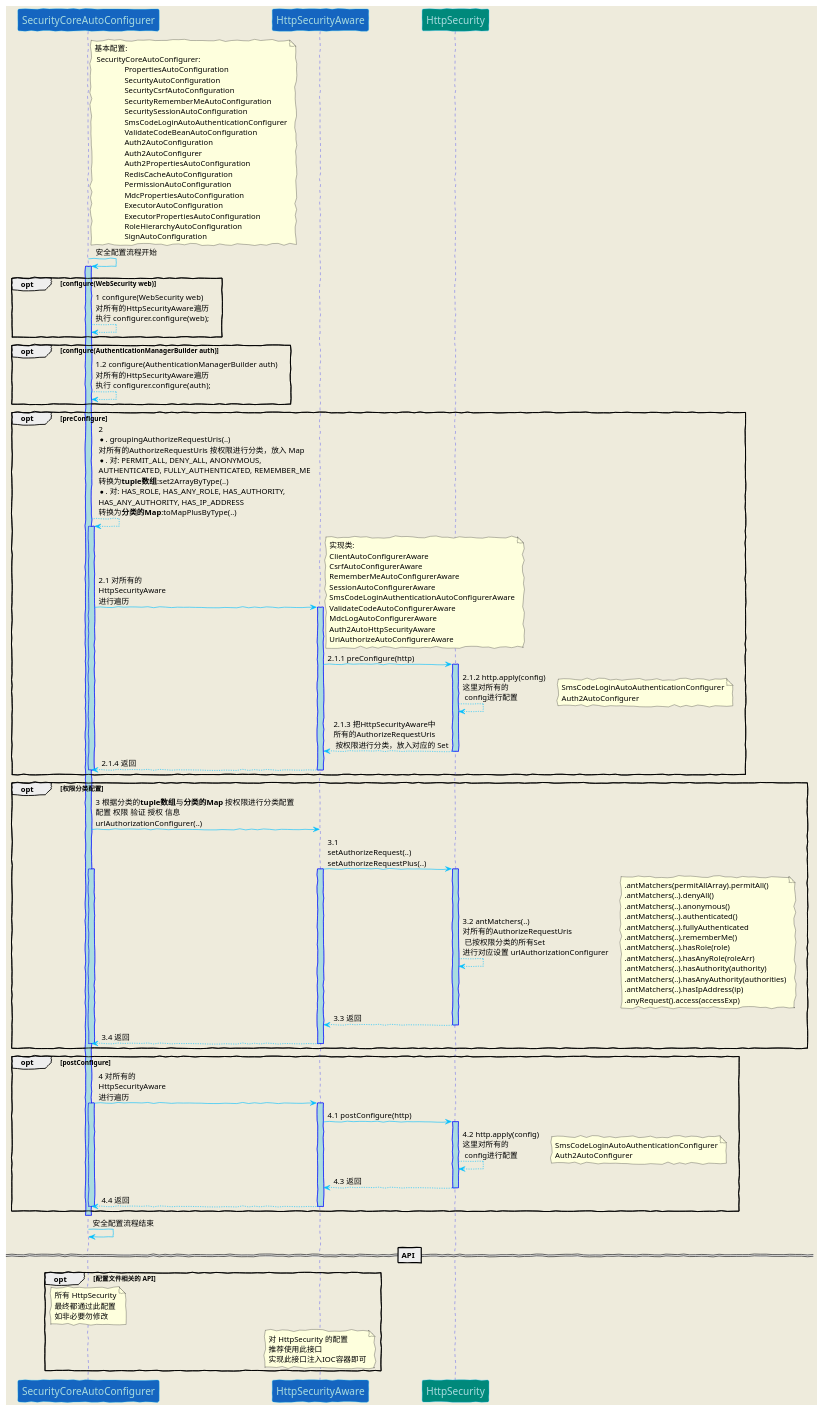
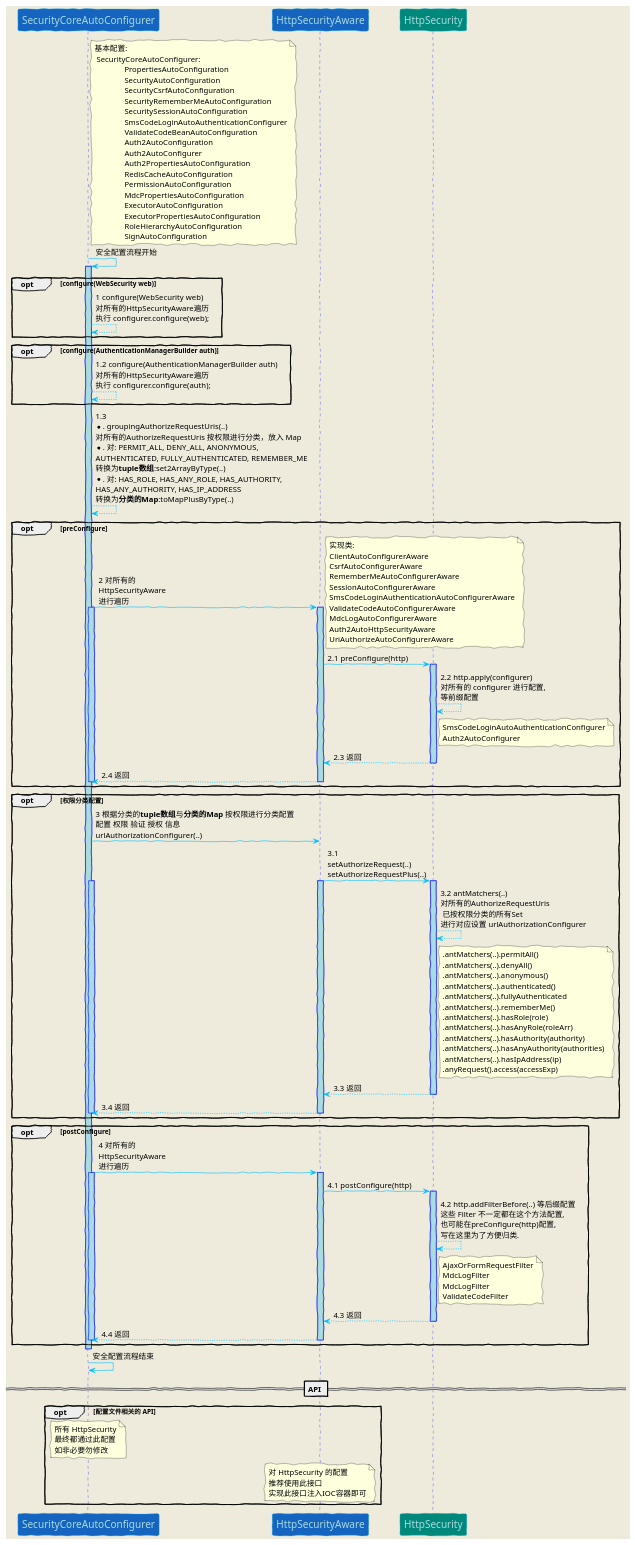
One commit to ZeroOrInfinity/UMS changed the diagram in doc/puml/securityConfigurer.puml. Above: the diagram before and after it, drawn with PlantUML. The commit also changed 4 other files, not shown here.

```diff
--- a/doc/puml/securityConfigurer.puml
+++ b/doc/puml/securityConfigurer.puml
@@ -1,142 +1,146 @@
 @startuml
 
 skinparam backgroundColor #EEEBDC
 skinparam handwritten true
 skinparam sequence {
 ArrowColor DeepSkyBlue
 ActorBorderColor DeepSkyBlue
 LifeLineBorderColor blue
 LifeLineBackgroundColor #A9DCDF
 ParticipantBorderColor DeepSkyBlue
 ParticipantBackgroundColor #00897b
 ParticipantFontName Impact
 ParticipantFontSize 17
 ParticipantFontColor #A9DCDF
 ActorBackgroundColor aqua
 ActorFontColor DeepSkyBlue
 ActorFontSize 17
 ActorFontName Aapex
 }
 
 participant "SecurityCoreAutoConfigurer" #1565c0
 note right SecurityCoreAutoConfigurer: 基本配置:\n SecurityCoreAutoConfigurer: \n\
                PropertiesAutoConfiguration\n               SecurityAutoConfiguration\n\
                SecurityCsrfAutoConfiguration\n               SecurityRememberMeAutoConfiguration\n\
                SecuritySessionAutoConfiguration\n\                SmsCodeLoginAutoAuthenticationConfigurer\n\
                ValidateCodeBeanAutoConfiguration\n\                Auth2AutoConfiguration\n\
                Auth2AutoConfigurer\n\                Auth2PropertiesAutoConfiguration\n\
                RedisCacheAutoConfiguration\n\                PermissionAutoConfiguration\n\
                MdcPropertiesAutoConfiguration\n\                ExecutorAutoConfiguration\n\
                ExecutorPropertiesAutoConfiguration\n\                RoleHierarchyAutoConfiguration\n\
                SignAutoConfiguration
 
 SecurityCoreAutoConfigurer -> SecurityCoreAutoConfigurer: 安全配置流程开始
 
 activate SecurityCoreAutoConfigurer
 
 opt configure(WebSecurity web)
 SecurityCoreAutoConfigurer --> SecurityCoreAutoConfigurer: 1 configure(WebSecurity web)\n\
 对所有的HttpSecurityAware遍历\n\
 执行 configurer.configure(web);
 end
 
 opt configure(AuthenticationManagerBuilder auth)
 SecurityCoreAutoConfigurer --> SecurityCoreAutoConfigurer: 1.2 configure(AuthenticationManagerBuilder auth)\n\
 对所有的HttpSecurityAware遍历\n\
 执行 configurer.configure(auth);
 end
 
-opt preConfigure
-SecurityCoreAutoConfigurer --> SecurityCoreAutoConfigurer: 2 \n\
+SecurityCoreAutoConfigurer --> SecurityCoreAutoConfigurer: 1.3 \n\
 *. groupingAuthorizeRequestUris(..)\n\
 对所有的AuthorizeRequestUris 按权限进行分类，放入 Map\n\
 *. 对: PERMIT_ALL, DENY_ALL, ANONYMOUS,\nAUTHENTICATED, FULLY_AUTHENTICATED, REMEMBER_ME\n\
 转换为**tuple数组**:set2ArrayByType(..)\n\
 *. 对: HAS_ROLE, HAS_ANY_ROLE, HAS_AUTHORITY, \nHAS_ANY_AUTHORITY, HAS_IP_ADDRESS\n\
 转换为**分类的Map**:toMapPlusByType(..)
+opt preConfigure
+participant "HttpSecurityAware" #1565c0
+SecurityCoreAutoConfigurer -> HttpSecurityAware: 2 对所有的\nHttpSecurityAware\n进行遍历
 activate SecurityCoreAutoConfigurer
-participant "HttpSecurityAware" #1565c0
-SecurityCoreAutoConfigurer -> HttpSecurityAware: 2.1 对所有的\nHttpSecurityAware\n进行遍历
 activate HttpSecurityAware
 note right : 实现类:\n\
 ClientAutoConfigurerAware\n\
 CsrfAutoConfigurerAware\n\
 RememberMeAutoConfigurerAware\n\
 SessionAutoConfigurerAware\n\
 SmsCodeLoginAuthenticationAutoConfigurerAware\n\
 ValidateCodeAutoConfigurerAware\n\
 MdcLogAutoConfigurerAware\n\
 Auth2AutoHttpSecurityAware\n\
 UriAuthorizeAutoConfigurerAware
-HttpSecurityAware -> HttpSecurity: 2.1.1 preConfigure(http)
+HttpSecurityAware -> HttpSecurity: 2.1 preConfigure(http)
 activate HttpSecurity
-HttpSecurity --> HttpSecurity: 2.1.2 http.apply(config)\n这里对所有的\n config进行配置
-note right : SmsCodeLoginAutoAuthenticationConfigurer\n\
+HttpSecurity --> HttpSecurity: 2.2 http.apply(configurer)\n对所有的 configurer 进行配置,\n等前缀配置
+note right HttpSecurity: SmsCodeLoginAutoAuthenticationConfigurer\n\
 Auth2AutoConfigurer
-HttpSecurity --> HttpSecurityAware: 2.1.3 把HttpSecurityAware中\n所有的AuthorizeRequestUris\n 按权限进行分类，放入对应的 Set
+HttpSecurity --> HttpSecurityAware: 2.3 返回
 deactivate HttpSecurity
-HttpSecurityAware --> SecurityCoreAutoConfigurer: 2.1.4 返回
+HttpSecurityAware --> SecurityCoreAutoConfigurer: 2.4 返回
 deactivate SecurityCoreAutoConfigurer
 deactivate HttpSecurityAware
 end
 opt 权限分类配置
 SecurityCoreAutoConfigurer -> HttpSecurityAware: 3 根据分类的**tuple数组**与**分类的Map** 按权限进行分类配置\n\
 配置 权限 验证 授权 信息\n\
 urlAuthorizationConfigurer(..)
 HttpSecurityAware -> HttpSecurity: 3.1 \n\
 setAuthorizeRequest(..)\n\
 setAuthorizeRequestPlus(..)
 activate HttpSecurityAware
 activate SecurityCoreAutoConfigurer
 activate HttpSecurity
 HttpSecurity --> HttpSecurity: 3.2 antMatchers(..)\n对所有的AuthorizeRequestUris\n 已按权限分类的所有Set\n\
 进行对应设置 urlAuthorizationConfigurer
-note right : .antMatchers(permitAllArray).permitAll()\n\
+note right HttpSecurity: .antMatchers(..).permitAll()\n\
 .antMatchers(..).denyAll()\n\
 .antMatchers(..).anonymous()\n\
 .antMatchers(..).authenticated()\n\
 .antMatchers(..).fullyAuthenticated\n\
 .antMatchers(..).rememberMe()\n\
 .antMatchers(..).hasRole(role)\n\
 .antMatchers(..).hasAnyRole(roleArr)\n\
 .antMatchers(..).hasAuthority(authority)\n\
 .antMatchers(..).hasAnyAuthority(authorities)\n\
 .antMatchers(..).hasIpAddress(ip)\n\
 .anyRequest().access(accessExp)
 HttpSecurity --> HttpSecurityAware: 3.3 返回
 deactivate HttpSecurity
 HttpSecurityAware --> SecurityCoreAutoConfigurer: 3.4 返回
 deactivate HttpSecurityAware
 deactivate SecurityCoreAutoConfigurer
 end
 activate SecurityCoreAutoConfigurer
 opt postConfigure
 SecurityCoreAutoConfigurer -> HttpSecurityAware: 4 对所有的\nHttpSecurityAware\n进行遍历
 activate SecurityCoreAutoConfigurer
 activate HttpSecurityAware
 HttpSecurityAware -> HttpSecurity: 4.1 postConfigure(http)
 activate HttpSecurity
-HttpSecurity --> HttpSecurity: 4.2 http.apply(config)\n这里对所有的\n config进行配置
-note right : SmsCodeLoginAutoAuthenticationConfigurer\n\
-Auth2AutoConfigurer
+HttpSecurity --> HttpSecurity: 4.2 http.addFilterBefore(..) 等后缀配置\n\
+这些 Filter 不一定都在这个方法配置, \n也可能在preConfigure(http)配置,\n\
+写在这里为了方便归类.
+note right HttpSecurity: AjaxOrFormRequestFilter\n\
+MdcLogFilter\n\
+MdcLogFilter\n\
+ValidateCodeFilter
 HttpSecurity --> HttpSecurityAware: 4.3 返回
 deactivate HttpSecurity
 
 HttpSecurityAware --> SecurityCoreAutoConfigurer: 4.4 返回
 deactivate SecurityCoreAutoConfigurer
 deactivate HttpSecurityAware
 end
 deactivate SecurityCoreAutoConfigurer
 
 deactivate SecurityCoreAutoConfigurer
 
 SecurityCoreAutoConfigurer -> SecurityCoreAutoConfigurer: 安全配置流程结束
 
 == API ==
 opt 配置文件相关的 API
 note over SecurityCoreAutoConfigurer: 所有 HttpSecurity\n最终都通过此配置\n如非必要勿修改
 note over HttpSecurityAware: 对 HttpSecurity 的配置\n推荐使用此接口\n实现此接口注入IOC容器即可
 
 end
 
 @enduml
```
